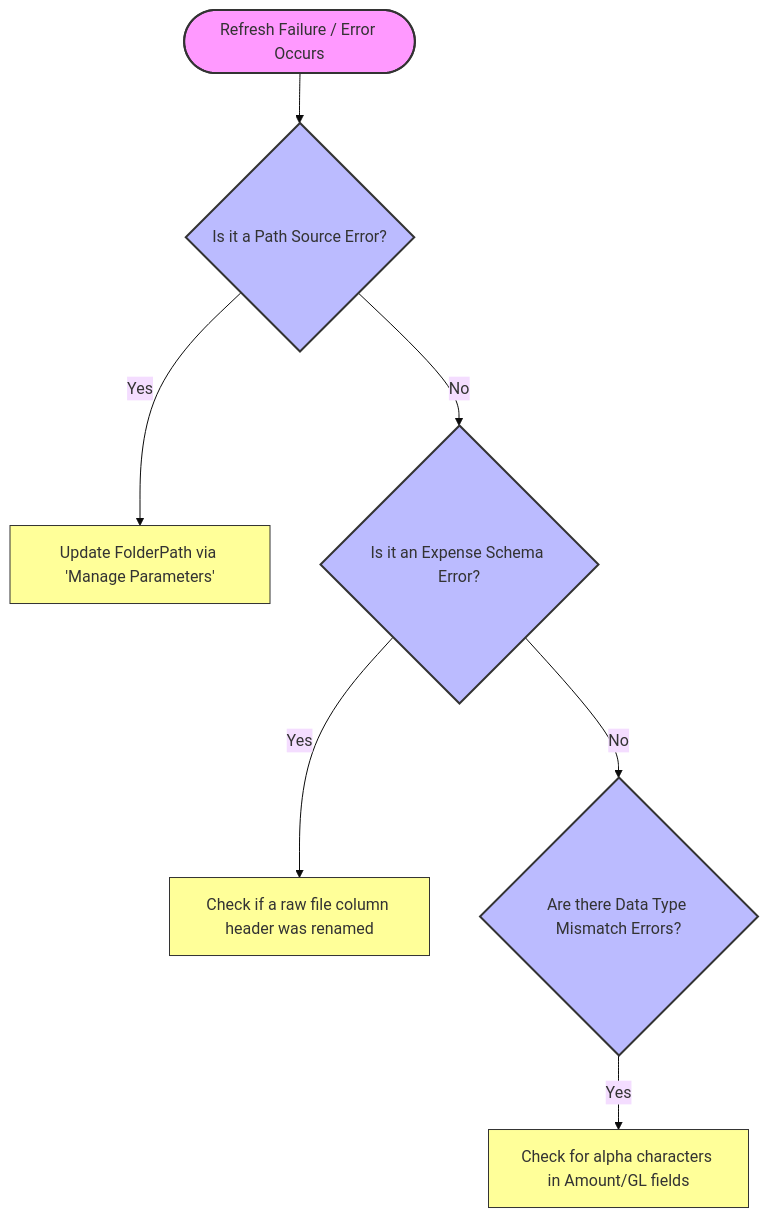
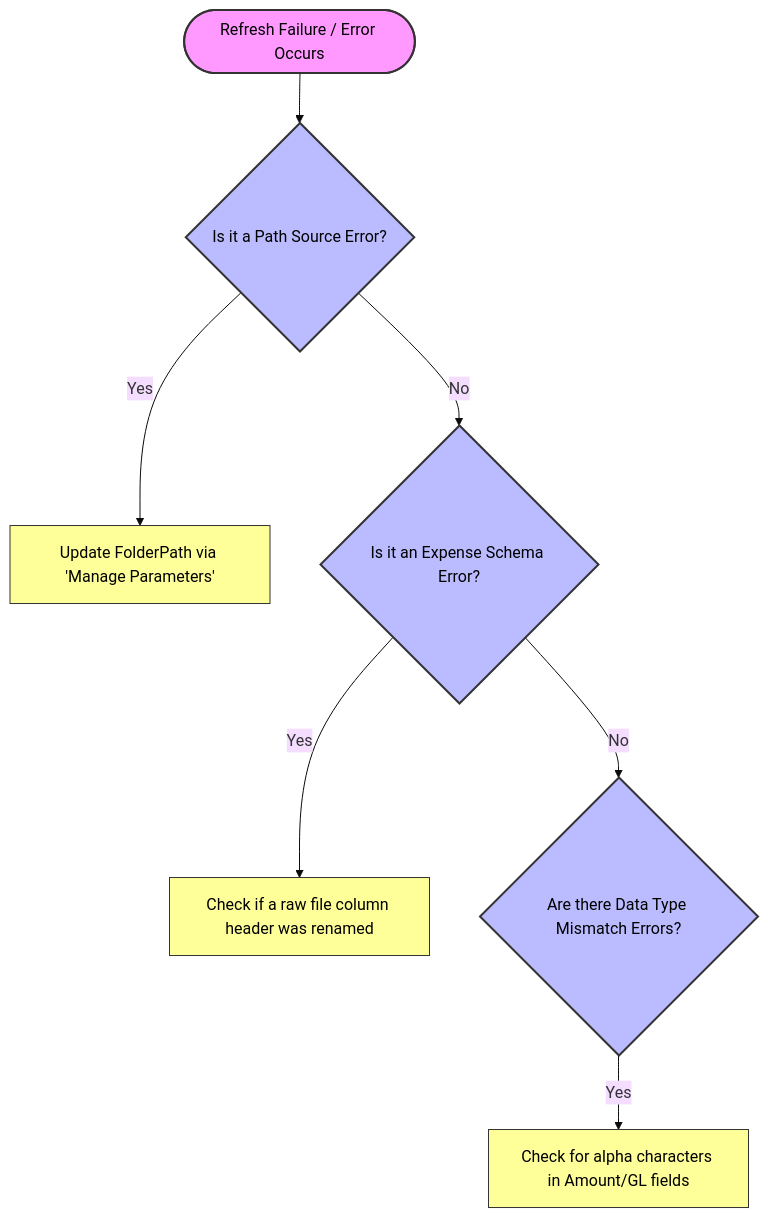
The diagram in README.md (parth-t-joshi/Financial-Reporting-Process-Transformation), drawn with Mermaid (base theme) before and after one commit. The commit also changed 1 other file, not shown here.

Commit message:
New files

````diff
--- a/README.md
+++ b/README.md
@@ -90,21 +90,18 @@
 ```mermaid
-graph TD
-    A([Refresh Failure / Error Occurs]) --> B{Is it a Path Source Error?}
-    
-    B -- Yes --> C[Update FolderPath via 'Manage Parameters']
-    B -- No --> D{Is it an Expense Schema Error?}
-    
-    D -- Yes --> E[Check if a raw file column header was renamed]
-    D -- No --> F{Are there Data Type Mismatch Errors?}
-    
-    F -- Yes --> G[Check for alpha characters in Amount/GL fields]
-    
-    %% Styling for a sleek, corporate look
-    style A fill:#f9f,stroke:#333,stroke-width:2px
-    style B fill:#bbf,stroke:#333,stroke-width:2px
-    style D fill:#bbf,stroke:#333,stroke-width:2px
-    style F fill:#bbf,stroke:#333,stroke-width:2px
-    style C fill:#ff9,stroke:#333,stroke-width:1px
-    style E fill:#ff9,stroke:#333,stroke-width:1px
-    style G fill:#ff9,stroke:#333,stroke-width:1px
+flowchart TB
+    A(["Refresh Failure / Error Occurs"]) --> B{"Is it a Path Source Error?"}
+    B -- Yes --> C@{ label: "Update FolderPath via 'Manage Parameters'" }
+    B -- No --> D{"Is it an Expense Schema Error?"}
+    D -- Yes --> E["Check if a raw file column header was renamed"]
+    D -- No --> F{"Are there Data Type Mismatch Errors?"}
+    F -- Yes --> G["Check for alpha characters in Amount/GL fields"]
+
+    C@{ shape: rect}
+    style A fill:#f9f,stroke:#333,stroke-width:2px,color:#000000
+    style B fill:#bbf,stroke:#333,stroke-width:2px,color:#000000
+    style C fill:#ff9,stroke:#333,stroke-width:1px,color:#000000
+    style D fill:#bbf,stroke:#333,stroke-width:2px,color:#000000
+    style E fill:#ff9,stroke:#333,stroke-width:1px,color:#000000
+    style F fill:#bbf,stroke:#333,stroke-width:2px,color:#000000
+    style G fill:#ff9,stroke:#333,stroke-width:1px,color:#000000
 ```
````
